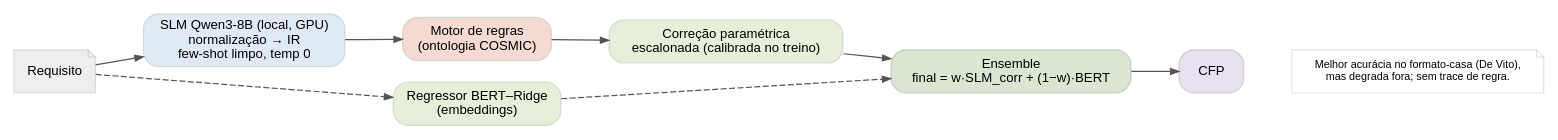
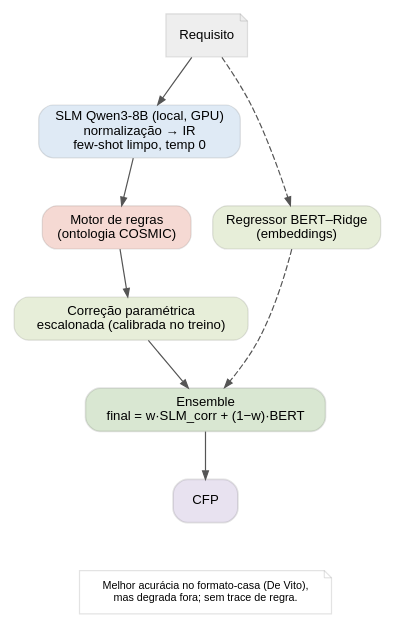
The diagram in scripts/figures/diagrams/d3_via_neural_e30f.dot (NathanaelCarauna/cosmic-hybrid-xai), drawn with Graphviz before and after one commit. The commit also changed 103 other files, not shown here.

```diff
--- a/scripts/figures/diagrams/d3_via_neural_e30f.dot
+++ b/scripts/figures/diagrams/d3_via_neural_e30f.dot
@@ -1,26 +1,26 @@
 // D3 — Via neural E30f (pipeline detalhado): SLM local + correção + ensemble.
 digraph e30f {
-  rankdir=LR;
+  rankdir=TB;
   fontname="Helvetica";
   node [fontname="Helvetica", fontsize=11, shape=box, style="rounded,filled", color="#33333322"];
   edge [fontname="Helvetica", fontsize=9, color="#555555", arrowsize=0.7];
   nodesep=0.25; ranksep=0.55;
 
   req [label="Requisito", fillcolor="#eeeeee", shape=note];
   slm [label="SLM Qwen3-8B (local, GPU)\nnormalização → IR\nfew-shot limpo, temp 0", fillcolor="#dfeaf5"];
   onto [label="Motor de regras\n(ontologia COSMIC)", fillcolor="#f5d9d3"];
   corr [label="Correção paramétrica\nescalonada (calibrada no treino)", fillcolor="#e7eed9"];
 
   bert [label="Regressor BERT–Ridge\n(embeddings)", fillcolor="#e7eed9"];
 
   ens [label="Ensemble\nfinal = w·SLM_corr + (1−w)·BERT", fillcolor="#d9e7d2", shape=box, penwidth=1.4];
   cfp [label="CFP", fillcolor="#e8e2f0", penwidth=1.4];
 
   req -> slm -> onto -> corr -> ens;
   req -> bert -> ens [style=dashed];
   ens -> cfp;
 
   note [label="Melhor acurácia no formato-casa (De Vito),\nmas degrada fora; sem trace de regra.", shape=note, fillcolor="#ffffff", fontsize=9];
   { rank=sink; note; }
   cfp -> note [style=invis];
 }
```
